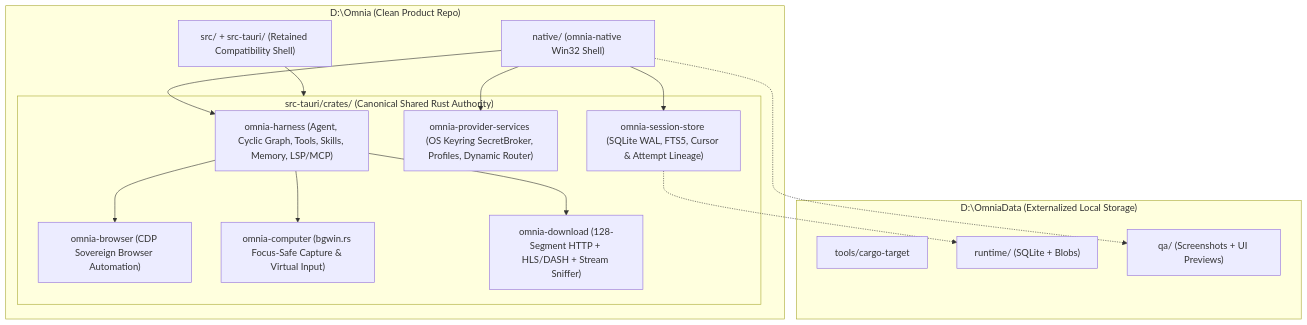
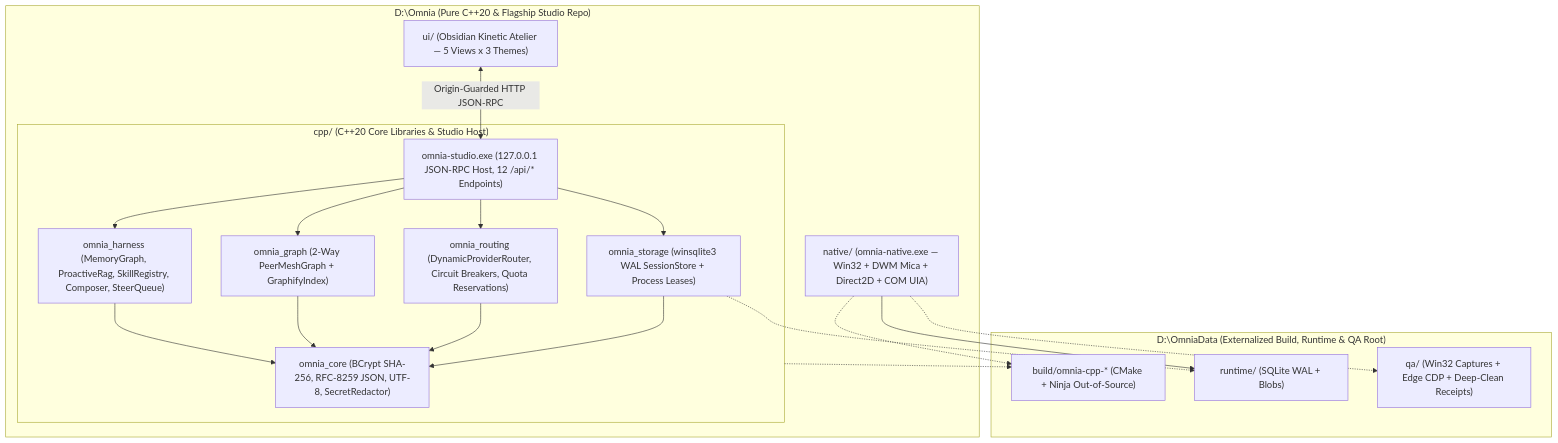
One commit to khang-macphuc111107/omnia changed the diagram in docs/handoff/COLLABORATOR_HANDOFF.md. Above: the diagram before and after it, drawn with Mermaid. The commit also changed other lines of this file and 2058 other files, not shown here.

````diff
--- a/docs/handoff/COLLABORATOR_HANDOFF.md
+++ b/docs/handoff/COLLABORATOR_HANDOFF.md
@@ -38,31 +46,36 @@
 ```mermaid
 flowchart TB
-    subgraph Repo["D:\Omnia (Clean Product Repo)"]
-        Native["native/ (omnia-native Win32 Shell)"]
-        Compat["src/ + src-tauri/ (Retained Compatibility Shell)"]
-        subgraph Crates["src-tauri/crates/ (Canonical Shared Rust Authority)"]
-            Harness["omnia-harness (Agent, Cyclic Graph, Tools, Skills, Memory, LSP/MCP)"]
-            Prov["omnia-provider-services (OS Keyring SecretBroker, Profiles, Dynamic Router)"]
-            Store["omnia-session-store (SQLite WAL, FTS5, Cursor & Attempt Lineage)"]
-            Browser["omnia-browser (CDP Sovereign Browser Automation)"]
-            Computer["omnia-computer (bgwin.rs Focus-Safe Capture & Virtual Input)"]
-            Download["omnia-download (128-Segment HTTP + HLS/DASH + Stream Sniffer)"]
+    subgraph Repo["D:\Omnia (Pure C++20 & Flagship Studio Repo)"]
+        StudioUI["ui/ (Obsidian Kinetic Atelier — 5 Views x 3 Themes)"]
+        Native["native/ (omnia-native.exe — Win32 + DWM Mica + Direct2D + COM UIA)"]
+        subgraph CppCore["cpp/ (C++20 Core Libraries & Studio Host)"]
+            StudioSrv["omnia-studio.exe (127.0.0.1 JSON-RPC Host, 12 /api/* Endpoints)"]
+            Harness["omnia_harness (MemoryGraph, ProactiveRag, SkillRegistry, Composer, SteerQueue)"]
+            Graph["omnia_graph (2-Way PeerMeshGraph + GraphifyIndex)"]
+            Routing["omnia_routing (DynamicProviderRouter, Circuit Breakers, Quota Reservations)"]
+            Storage["omnia_storage (winsqlite3 WAL SessionStore + Process Leases)"]
+            Core["omnia_core (BCrypt SHA-256, RFC-8259 JSON, UTF-8, SecretRedactor)"]
         end
     end
 
-    subgraph Ext["D:\OmniaData (Externalized Local Storage)"]
-        CargoTgt["tools/cargo-target"]
-        Runtime["runtime/ (SQLite + Blobs)"]
-        QA["qa/ (Screenshots + UI Previews)"]
+    subgraph Ext["D:\OmniaData (Externalized Build, Runtime & QA Root)"]
+        BuildDir["build/omnia-cpp-* (CMake + Ninja Out-of-Source)"]
+        Runtime["runtime/ (SQLite WAL + Blobs)"]
+        QA["qa/ (Win32 Captures + Edge CDP + Deep-Clean Receipts)"]
     end
 
-    Native --> Store
-    Native --> Prov
-    Native --> Harness
-    Compat --> Crates
-    Harness --> Browser
-    Harness --> Computer
-    Harness --> Download
-    Store -.-> Runtime
+    StudioUI <-->|"Origin-Guarded HTTP JSON-RPC"| StudioSrv
+    StudioSrv --> Harness
+    StudioSrv --> Graph
+    StudioSrv --> Routing
+    StudioSrv --> Storage
+    Harness --> Core
+    Graph --> Core
+    Routing --> Core
+    Storage --> Core
+    Native --> Runtime
+    Storage -.-> Runtime
+    CppCore -.-> BuildDir
+    Native -.-> BuildDir
     Native -.-> QA
 ```
````
